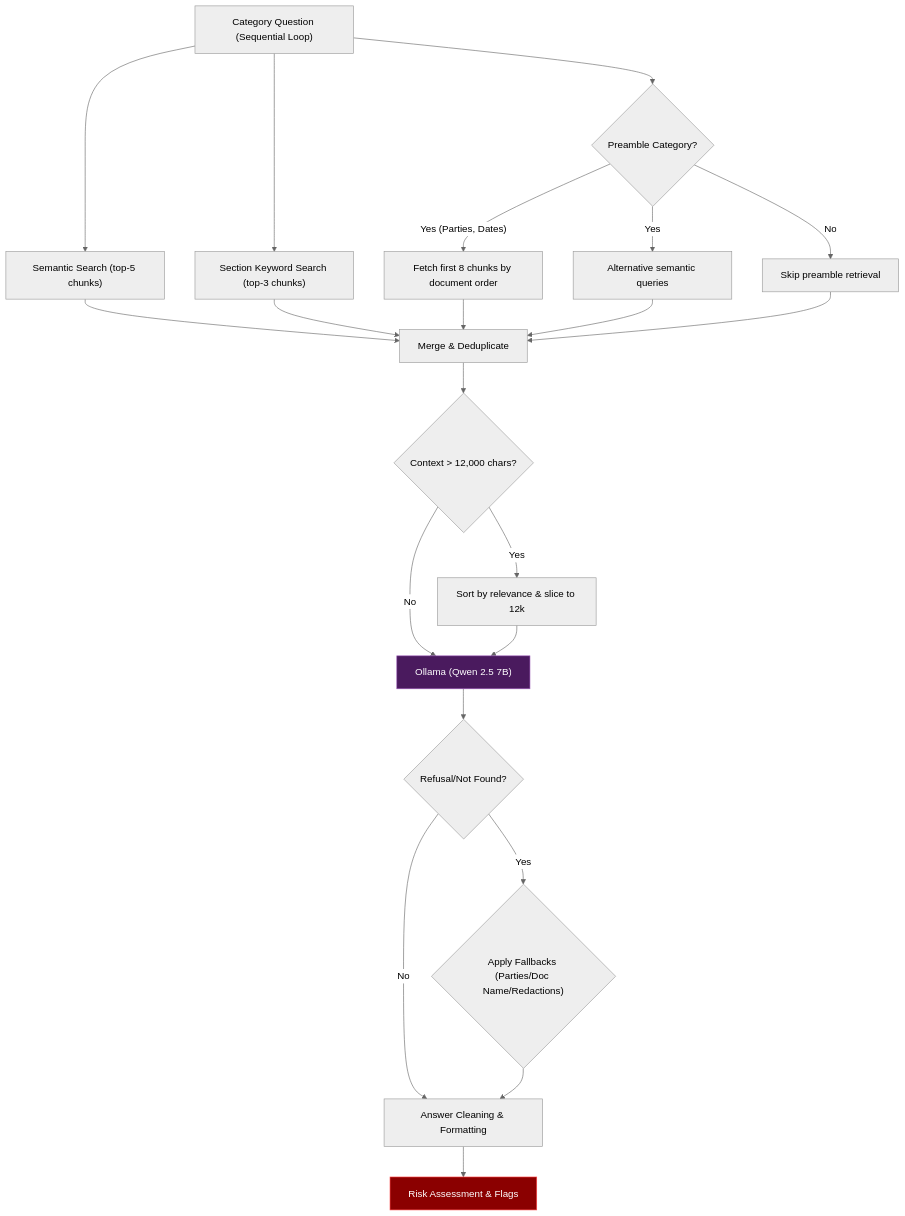
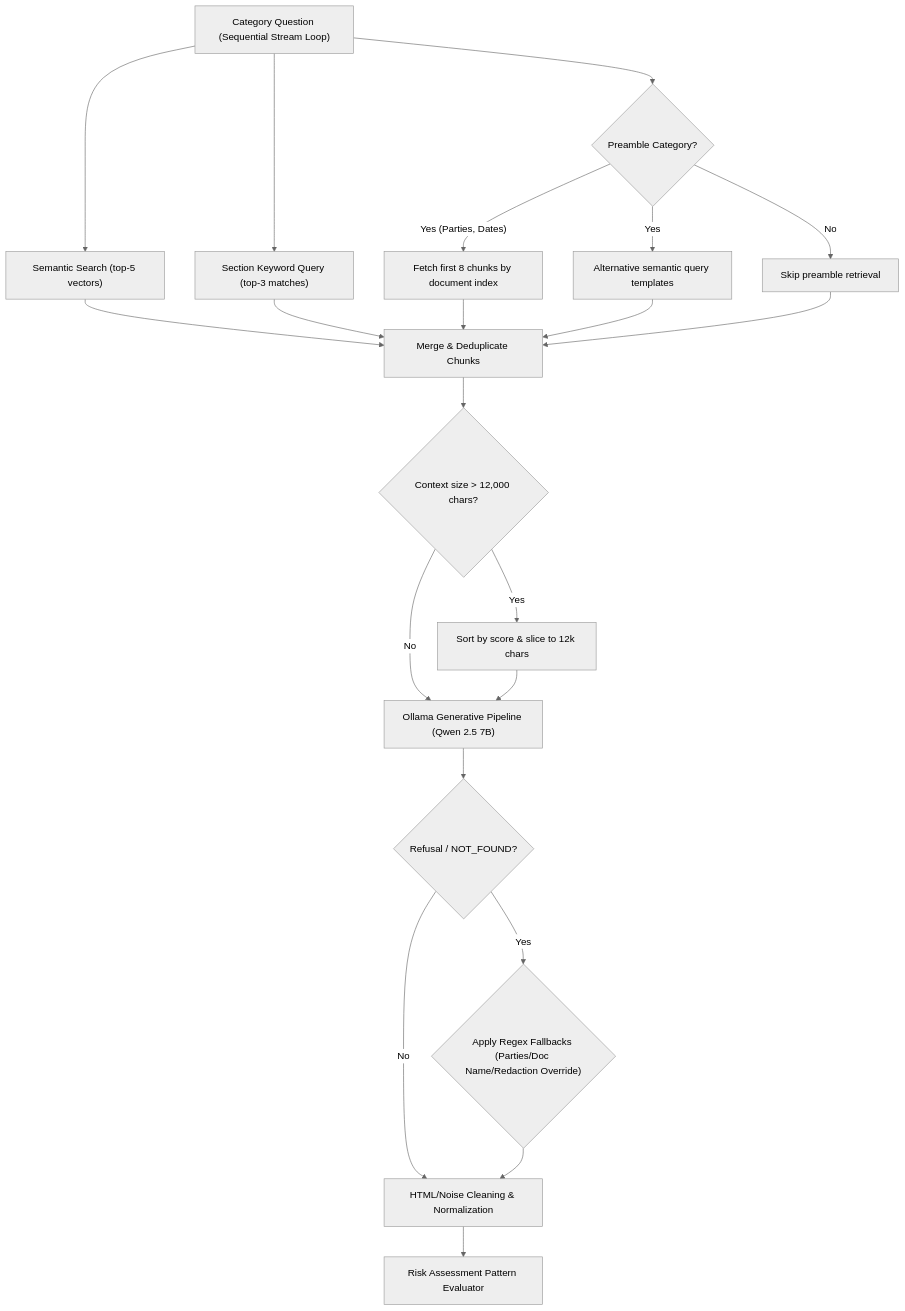
One commit to Shivam-Prajapati-11/Contract_intelligence changed the second of 2 diagrams in README.md. Above: the diagram before and after it, drawn with Mermaid (neutral theme). The commit also changed other lines of this file and 11 other files, not shown here.

````diff
--- a/README.md
+++ b/README.md
@@ -362,32 +72,29 @@
 ```mermaid
 flowchart TD
-    Q["Category Question (Sequential Loop)"]
+    Q["Category Question (Sequential Stream Loop)"]
     
-    Q --> SEM["Semantic Search (top-5 chunks)"]
-    Q --> SEC["Section Keyword Search (top-3 chunks)"]
+    Q --> SEM["Semantic Search (top-5 vectors)"]
+    Q --> SEC["Section Keyword Query (top-3 matches)"]
     Q --> PRE{"Preamble Category?"}
     
-    PRE -- "Yes (Parties, Dates)" --> EARLY["Fetch first 8 chunks by document order"]
-    PRE -- "Yes" --> ALT["Alternative semantic queries"]
+    PRE -- "Yes (Parties, Dates)" --> EARLY["Fetch first 8 chunks by document index"]
+    PRE -- "Yes" --> ALT["Alternative semantic query templates"]
     PRE -- "No" --> SKIP["Skip preamble retrieval"]
     
-    SEM --> MERGE["Merge & Deduplicate"]
+    SEM --> MERGE["Merge & Deduplicate Chunks"]
     SEC --> MERGE
     EARLY --> MERGE
     ALT --> MERGE
     SKIP --> MERGE
     
-    MERGE --> CAP{"Context > 12,000 chars?"}
-    CAP -- "Yes" --> SORT["Sort by relevance & slice to 12k"]
-    CAP -- "No" --> LLM["Ollama (Qwen 2.5 7B)"]
+    MERGE --> CAP{"Context size > 12,000 chars?"}
+    CAP -- "Yes" --> SORT["Sort by score & slice to 12k chars"]
+    CAP -- "No" --> LLM["Ollama Generative Pipeline (Qwen 2.5 7B)"]
     SORT --> LLM
     
-    LLM --> REF{"Refusal/Not Found?"}
-    REF -- "Yes" --> FB{"Apply Fallbacks (Parties/Doc Name/Redactions)"}
-    REF -- "No" --> CLEAN["Answer Cleaning & Formatting"]
+    LLM --> REF{"Refusal / NOT_FOUND?"}
+    REF -- "Yes" --> FB{"Apply Regex Fallbacks (Parties/Doc Name/Redaction Override)"}
+    REF -- "No" --> CLEAN["HTML/Noise Cleaning & Normalization"]
     FB --> CLEAN
-    CLEAN --> RISK["Risk Assessment & Flags"]
-    
-    style LLM fill:#4a1a5e,stroke:#9b59b6,color:#fff
-    style RISK fill:#8b0000,stroke:#ff4444,color:#fff
+    CLEAN --> RISK["Risk Assessment Pattern Evaluator"]
 ```
````
